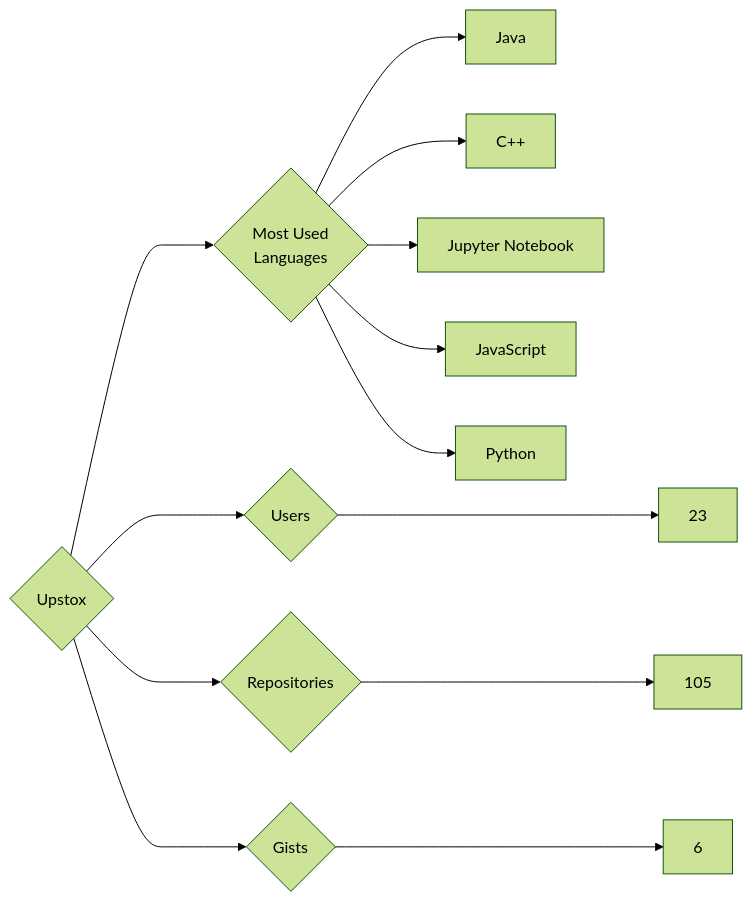
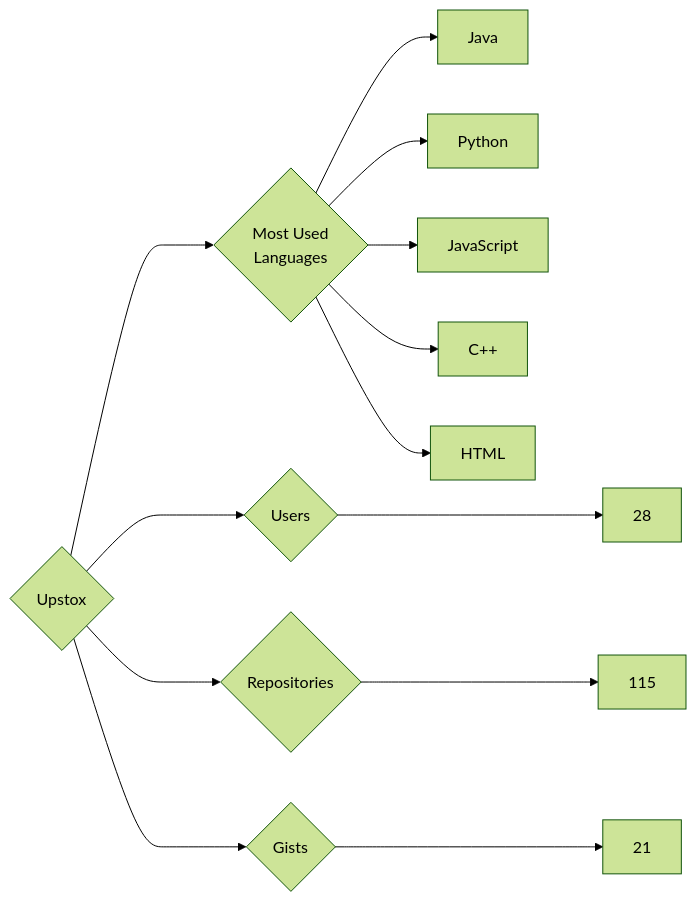
Before and after one commit to trickest/insiders: the diagram in targets/Upstox/README.md, drawn with Mermaid (forest theme). The commit also changed 912 other files, not shown here.

````diff
--- a/targets/Upstox/README.md
+++ b/targets/Upstox/README.md
@@ -3,13 +3,13 @@
 ```mermaid
 graph LR
 COMPANY_NAME{Upstox}
-COMPANY_NAME ---> U{Users} ---> UN[23]
-COMPANY_NAME ---> R{Repositories} ---> RN[105]
-COMPANY_NAME ---> G{Gists} ---> GN[6]
+COMPANY_NAME ---> U{Users} ---> UN[28]
+COMPANY_NAME ---> R{Repositories} ---> RN[115]
+COMPANY_NAME ---> G{Gists} ---> GN[21]
 COMPANY_NAME ---> ML{Most Used<br>Languages}
 ML --> Java[Java]
+ML --> Python[Python]
+ML --> JavaScript[JavaScript]
 ML --> C++[C++]
-ML --> Jupyter_Notebook[Jupyter Notebook]
-ML --> JavaScript[JavaScript]
-ML --> Python[Python]
+ML --> HTML[HTML]
 ```
````
